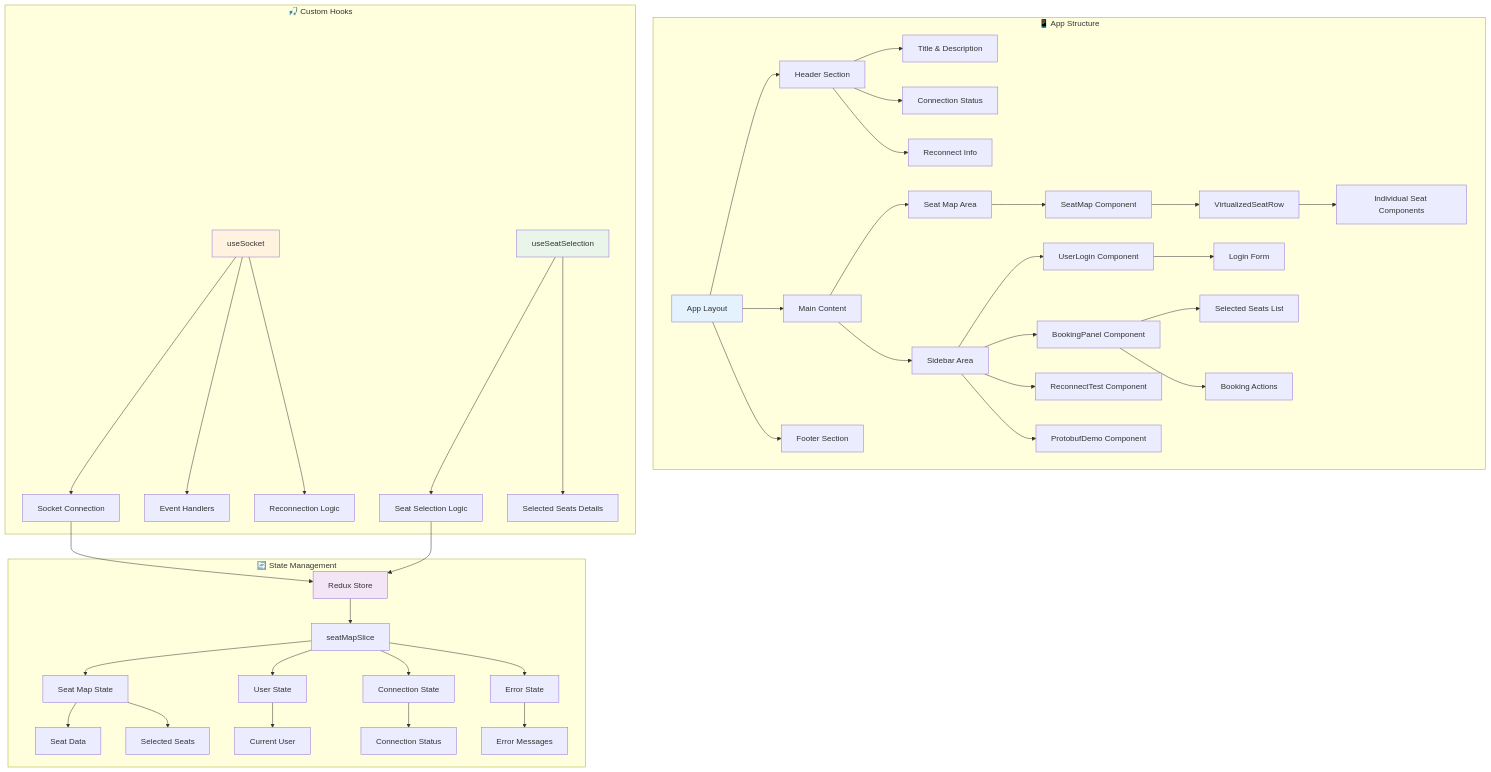
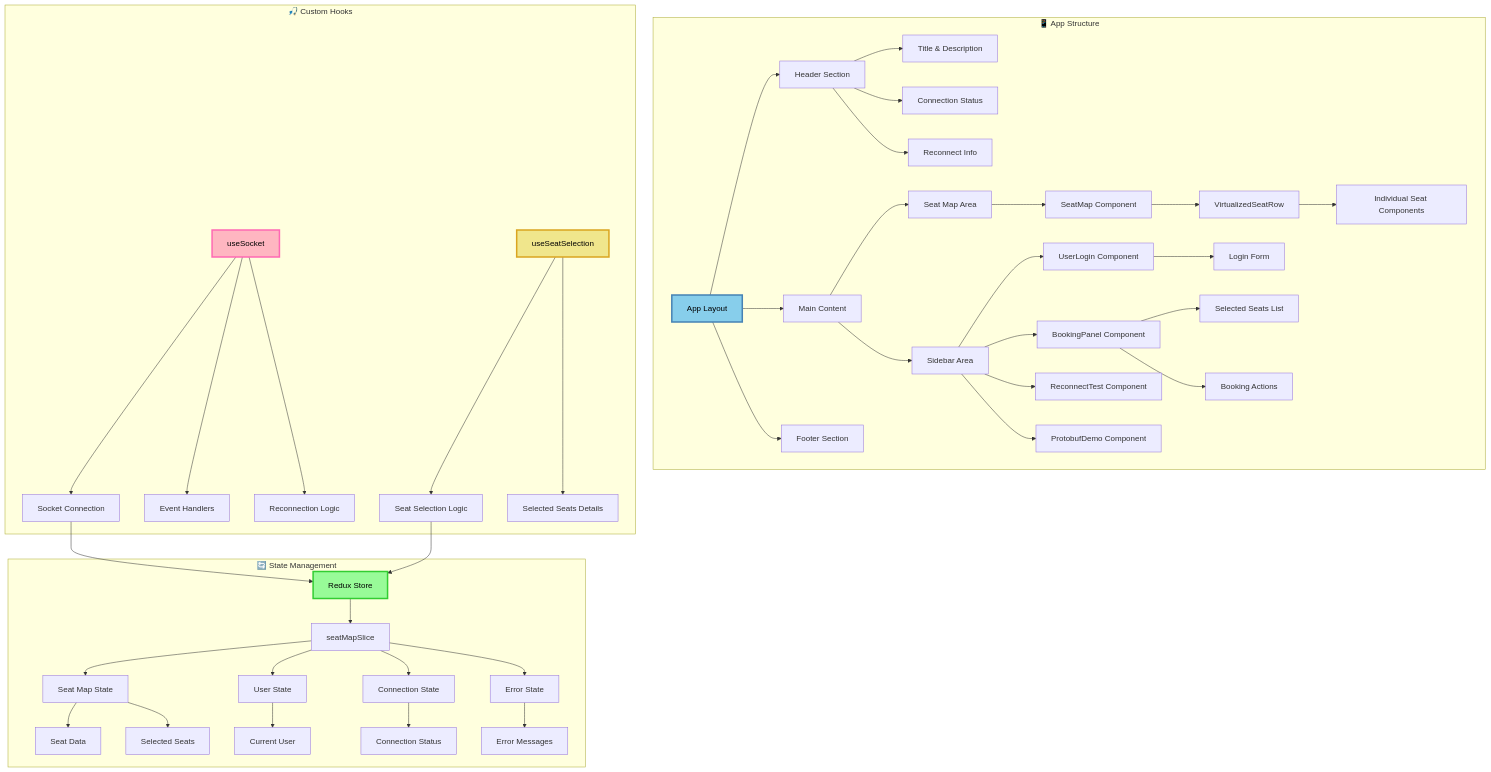
One commit to huyguain/websocket changed the third of 6 diagrams in PROJECT_ARCHITECTURE_DIAGRAM.md. Above: the diagram before and after it, drawn with Mermaid. The commit also changed other lines of this file, not shown here.

Commit message:
Update project architecture diagram styles for improved visual clarity and consistency

````diff
--- a/PROJECT_ARCHITECTURE_DIAGRAM.md
+++ b/PROJECT_ARCHITECTURE_DIAGRAM.md
@@ -114,59 +114,59 @@
 ```mermaid
 graph TD
     subgraph "📱 App Structure"
         A[App Layout] --> B[Header Section]
         A --> C[Main Content]
         A --> D[Footer Section]
         
         B --> E[Title & Description]
         B --> F[Connection Status]
         B --> G[Reconnect Info]
         
         C --> H[Seat Map Area]
         C --> I[Sidebar Area]
         
         H --> J[SeatMap Component]
         I --> K[UserLogin Component]
         I --> L[BookingPanel Component]
         I --> M[ReconnectTest Component]
         I --> N[ProtobufDemo Component]
         
         J --> O[VirtualizedSeatRow]
         O --> P[Individual Seat Components]
         
         K --> Q[Login Form]
         L --> R[Selected Seats List]
         L --> S[Booking Actions]
     end
     
     subgraph "🔄 State Management"
         T[Redux Store] --> U[seatMapSlice]
         U --> V[Seat Map State]
         U --> W[User State]
         U --> X[Connection State]
         U --> Y[Error State]
         
         V --> Z[Seat Data]
         V --> AA[Selected Seats]
         W --> BB[Current User]
         X --> CC[Connection Status]
         Y --> DD[Error Messages]
     end
     
     subgraph "🎣 Custom Hooks"
         EE[useSocket] --> FF[Socket Connection]
         EE --> GG[Event Handlers]
         EE --> HH[Reconnection Logic]
         
         II[useSeatSelection] --> JJ[Seat Selection Logic]
         II --> KK[Selected Seats Details]
         
         FF --> T
         JJ --> T
     end
     
-    style A fill:#e3f2fd
-    style T fill:#f3e5f5
-    style EE fill:#fff3e0
-    style II fill:#e8f5e8
+    style A fill:#87CEEB,stroke:#4682B4,stroke-width:3px,color:#000
+    style T fill:#98FB98,stroke:#32CD32,stroke-width:3px,color:#000
+    style EE fill:#FFB6C1,stroke:#FF69B4,stroke-width:3px,color:#000
+    style II fill:#F0E68C,stroke:#DAA520,stroke-width:3px,color:#000
 ```
````
